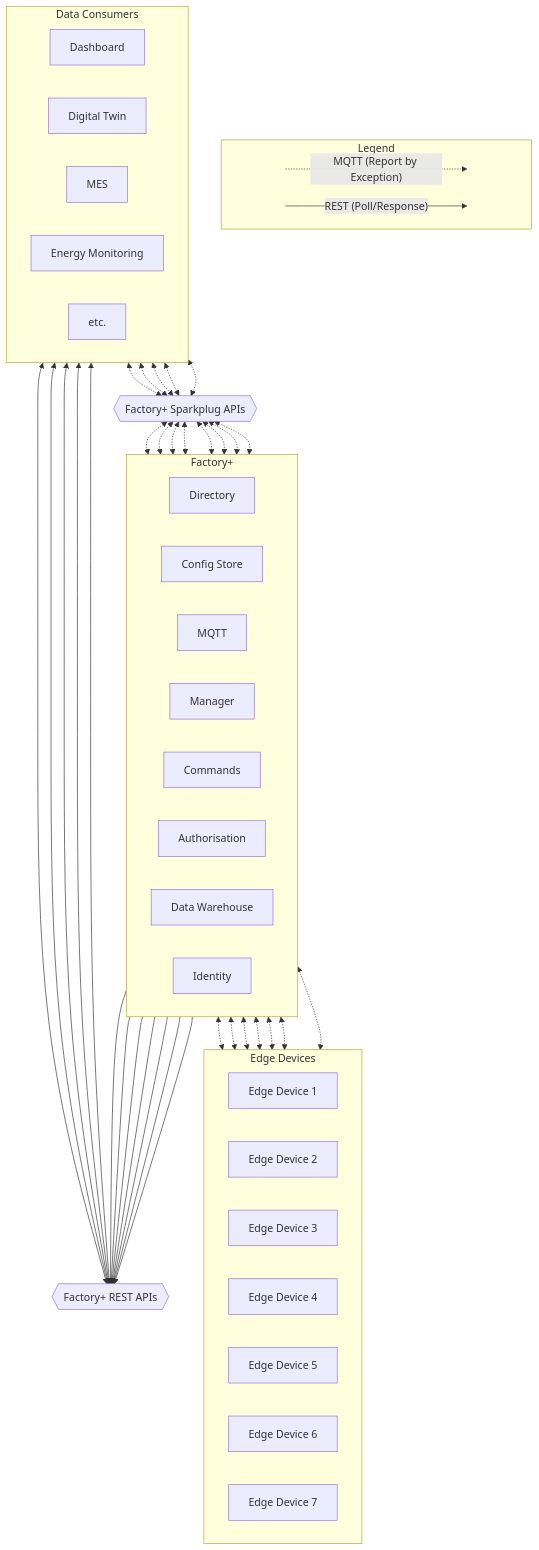
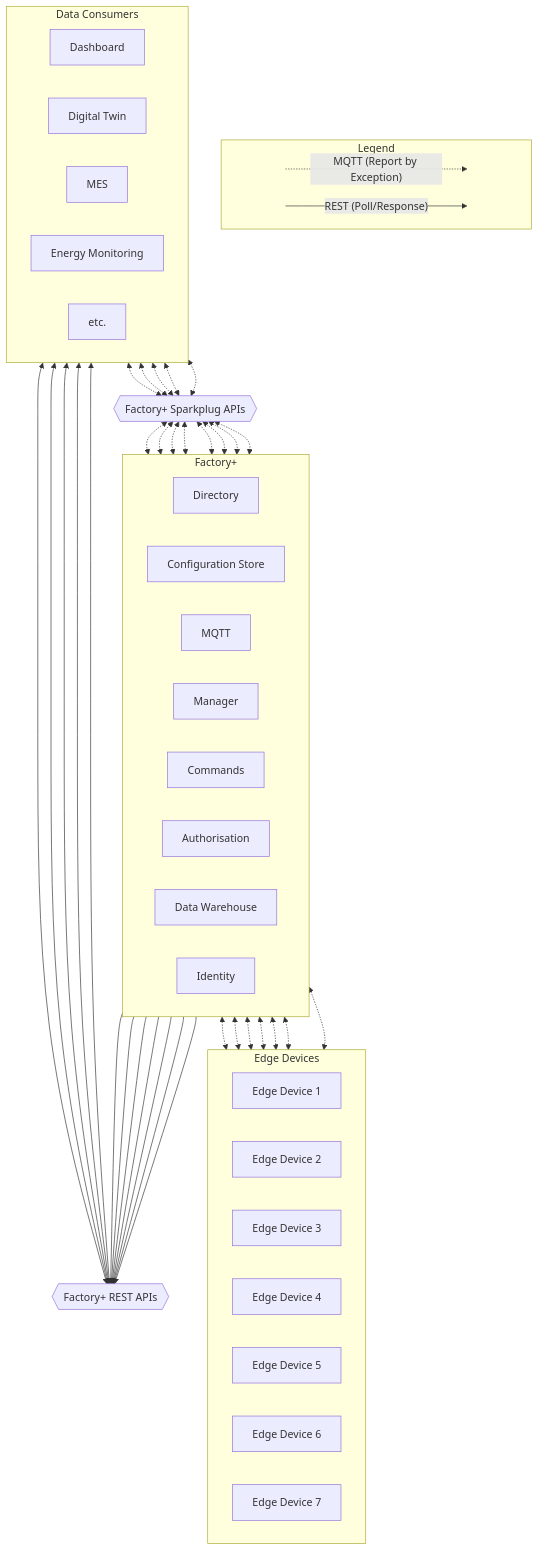
One commit to AMRC-FactoryPlus/documentation changed the second of 3 diagrams in docs/overview.mdx. Above: the diagram before and after it, drawn with Mermaid. The commit also changed 21 other files, not shown here.

````diff
--- a/docs/overview.mdx
+++ b/docs/overview.mdx
@@ -79,73 +79,73 @@
 ```mermaid
 graph TB
     subgraph Legend
       direction LR
       start1[ ] -. "MQTT (Report by Exception)" .-> stop1[ ]
       style start1 height:0px;
       style stop1 height:0px;
       start2[ ] -- "REST (Poll/Response)" --> stop2[ ]
       style start2 height:0px;
       style stop2 height:0px;
     end
     subgraph Factory+
         direction LR
         A[Directory]
-        B[Config Store]
+        B[Configuration Store]
         C[MQTT]
         D[Manager]
         E[Commands]
         F[Authorisation]
         G[Data Warehouse]
         H[Identity]
     end
     subgraph Data Consumers
         direction LR
         ds[Dashboard]
         dt[Digital Twin]
         mes[MES]
         em[Energy Monitoring]
         ...[etc.]
     end
     subgraph Edge Devices
         direction LR
         c1
         c2
         c3
         c4
         c5
         c6
         c7
     end
   m{{Factory+ Sparkplug APIs}}<.->C
   m<.->A
   m<.->B
   m<.->D
   m<.->E
   m<.->F
   m<.->G
   m<.->H
   C<.->c1[Edge Device 1]
   C<.->c2[Edge Device 2]
   C<.->c3[Edge Device 3]
   C<.->c4[Edge Device 4]
   C<.->c5[Edge Device 5]
   C<.->c6[Edge Device 6]
   C<.->c7[Edge Device 7]
   A --> r{{Factory+ REST APIs}}
   B --> r
   D --> r
   E --> r
   F --> r
   G --> r
   H --> r
   dt <.-> m
   dt <--> r
   ds <.-> m
   ds <--> r
   mes <.-> m
   mes <--> r
   em <.-> m
   em <--> r
   ... <.-> m
   ... <--> r
 ```
````
